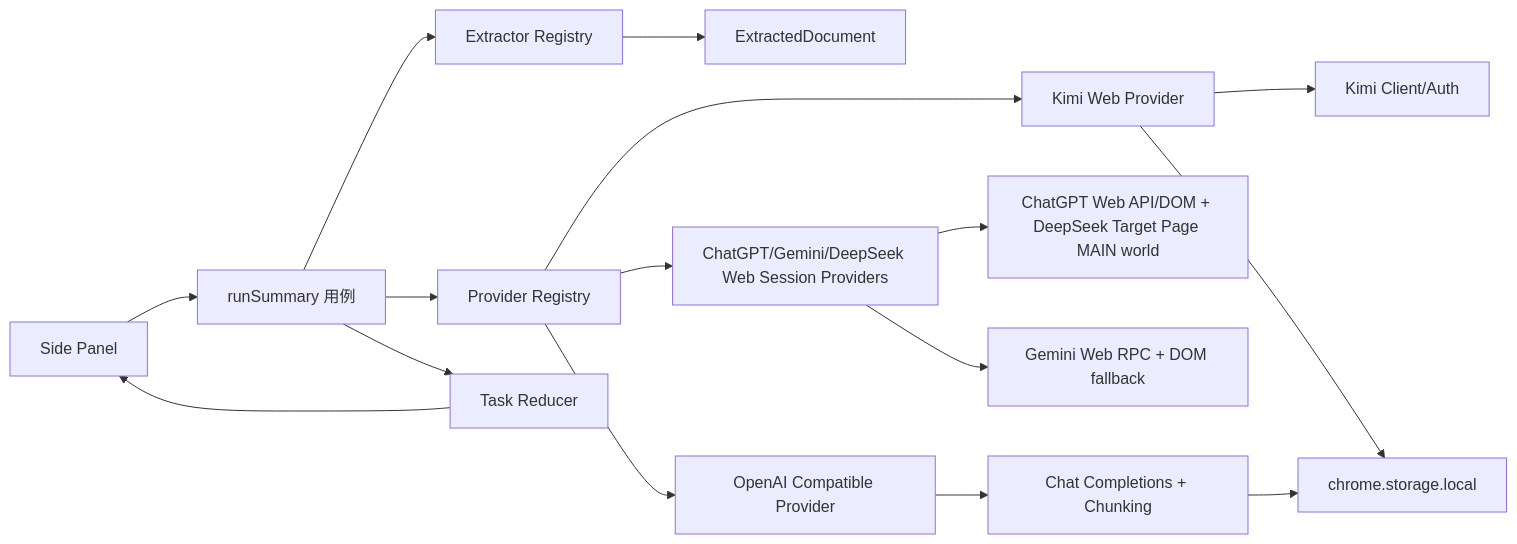
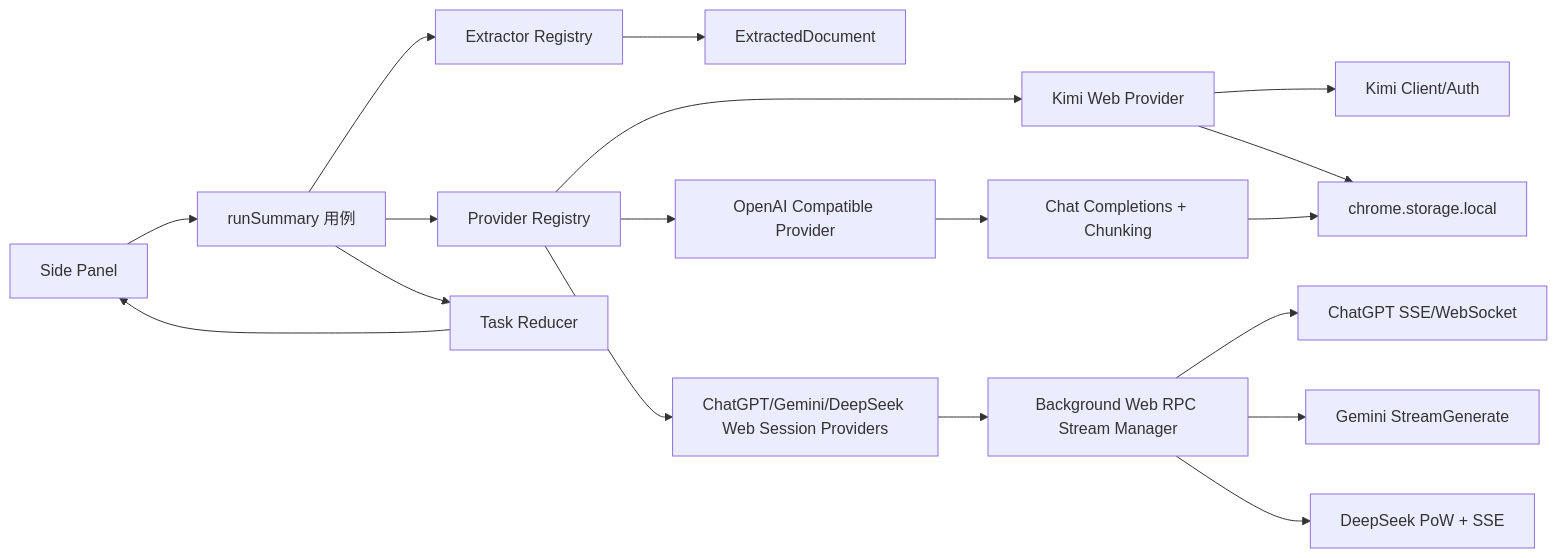
Before and after one commit to coolxll/kimi-copilot-remake: the diagram in docs/ARCHITECTURE.md, drawn with Mermaid. The commit also changed other lines of this file and 4 other files, not shown here.

````diff
--- a/docs/ARCHITECTURE.md
+++ b/docs/ARCHITECTURE.md
@@ -5,18 +5,20 @@
 ```mermaid
 flowchart LR
   A[Side Panel] --> B[runSummary 用例]
   B --> C[Extractor Registry]
   C --> D[ExtractedDocument]
   B --> E[Provider Registry]
   E --> F[Kimi Web Provider]
   E --> G[ChatGPT/Gemini/DeepSeek Web Session Providers]
   E --> H[OpenAI Compatible Provider]
   F --> I[Kimi Client/Auth]
-  G --> J[ChatGPT Web API/DOM + DeepSeek Target Page MAIN world]
-  G --> N[Gemini Web RPC + DOM fallback]
+  G --> J[Background Web RPC Stream Manager]
+  J --> N[ChatGPT SSE/WebSocket]
+  J --> O[Gemini StreamGenerate]
+  J --> P[DeepSeek PoW + SSE]
   H --> K[Chat Completions + Chunking]
   F --> L[chrome.storage.local]
   K --> L
   B --> M[Task Reducer]
   M --> A
 ```
````
